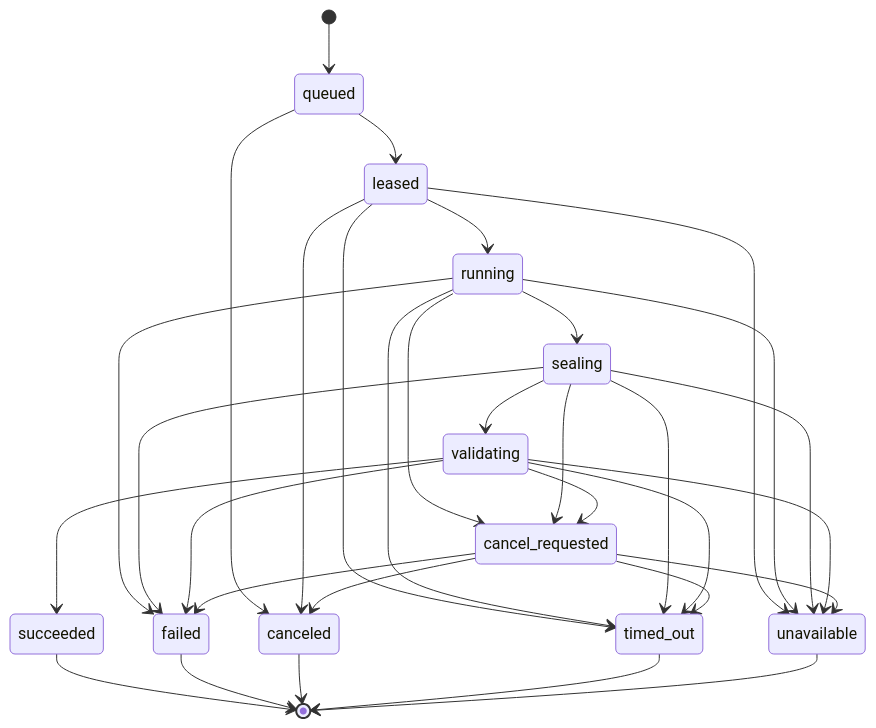
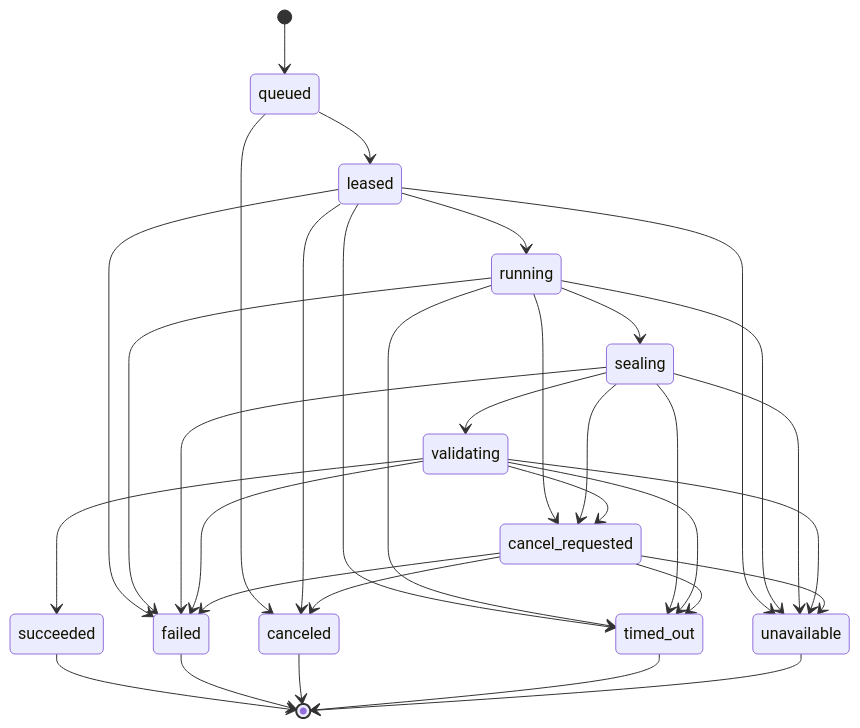
One commit to patrickstarpty/tap changed the third of 4 diagrams in docs/proposals/2026-09-02-rfc-007-phase-1-intelligence-layer-exploration.md. Above: the diagram before and after it, drawn with Mermaid. The commit also changed other lines of this file and 27 other files, not shown here.

````diff
--- a/docs/proposals/2026-09-02-rfc-007-phase-1-intelligence-layer-exploration.md
+++ b/docs/proposals/2026-09-02-rfc-007-phase-1-intelligence-layer-exploration.md
@@ -369,34 +409,35 @@
 ```mermaid
 stateDiagram-v2
     [*] --> queued
     queued --> leased
     queued --> canceled
     leased --> running
     leased --> canceled
+    leased --> failed
     leased --> timed_out
     leased --> unavailable
     running --> cancel_requested
     running --> sealing
     running --> failed
     running --> timed_out
     running --> unavailable
     sealing --> cancel_requested
     sealing --> failed
     sealing --> timed_out
     sealing --> unavailable
     validating --> cancel_requested
     validating --> failed
     validating --> timed_out
     validating --> unavailable
     cancel_requested --> canceled
     cancel_requested --> failed
     cancel_requested --> timed_out
     cancel_requested --> unavailable
     sealing --> validating
     validating --> succeeded
     succeeded --> [*]
     failed --> [*]
     canceled --> [*]
     timed_out --> [*]
     unavailable --> [*]
 ```
````
